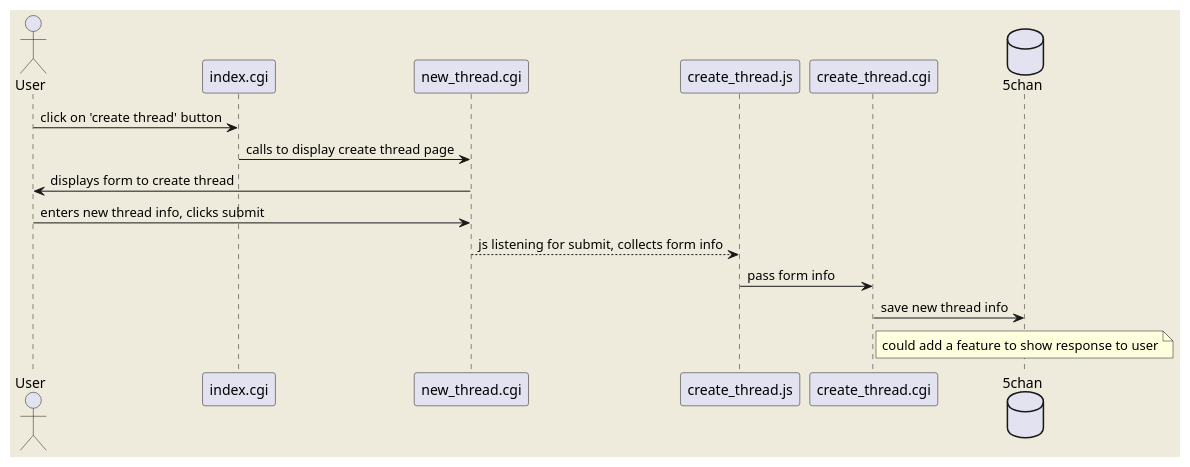
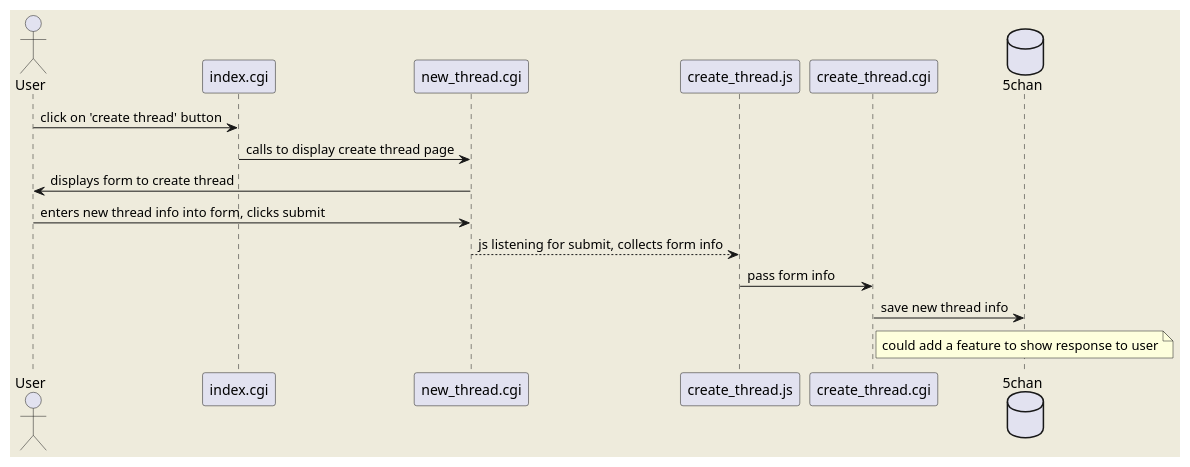
One commit to mitchshiotani/5forum changed the second of 3 diagrams in Architecture.md. Above: the diagram before and after it, drawn with PlantUML. The commit also changed other lines of this file, not shown here.

````diff
--- a/Architecture.md
+++ b/Architecture.md
@@ -67,15 +67,15 @@
 ```plantuml
 @startuml
     skinparam backgroundColor #EEEBDC
     actor User
     User -> index.cgi: click on 'create thread' button
     index.cgi -> new_thread.cgi: calls to display create thread page
     new_thread.cgi -> User: displays form to create thread
-    User -> new_thread.cgi: enters new thread info, clicks submit
+    User -> new_thread.cgi: enters new thread info into form, clicks submit
     new_thread.cgi --> create_thread.js: js listening for submit, collects form info
     create_thread.js -> create_thread.cgi: pass form info
     database 5chan
     create_thread.cgi -> 5chan: save new thread info
     note over 5chan: could add a feature to show response to user
 @enduml
 ```
````
